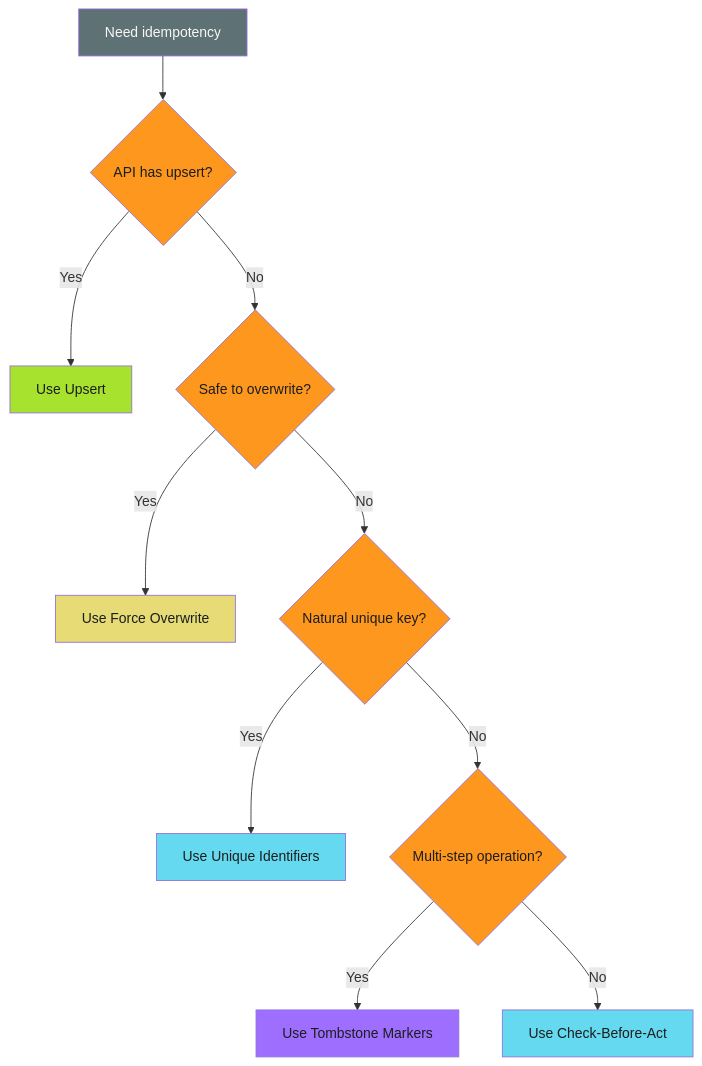
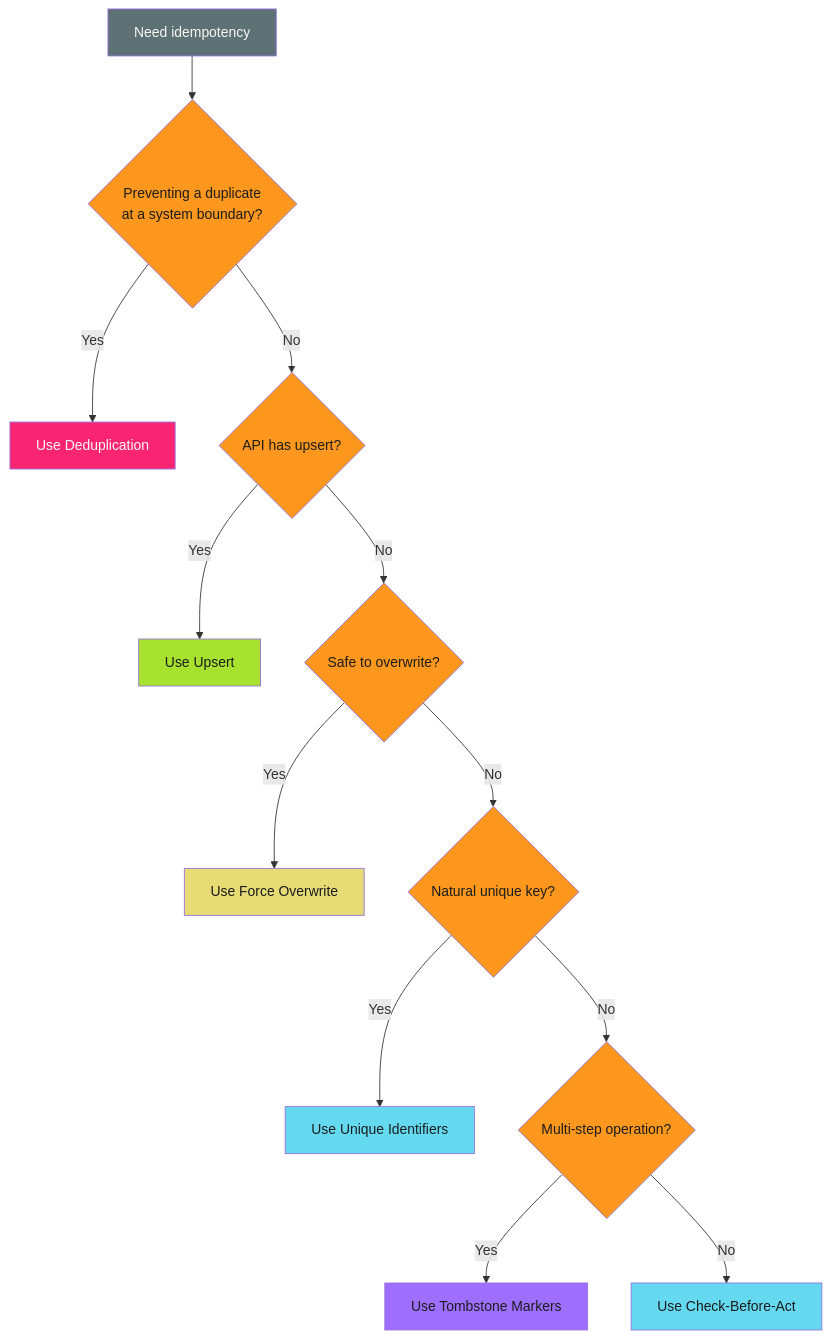
The diagram in docs/patterns/efficiency/idempotency/patterns/index.md (adaptive-enforcement-lab/adaptive-enforcement-lab-com), drawn with Mermaid before and after one commit. The commit also changed other lines of this file and 2 other files, not shown here.

First line of the commit message:
docs: document deduplication patterns under idempotency (#295)

````diff
--- a/docs/patterns/efficiency/idempotency/patterns/index.md
+++ b/docs/patterns/efficiency/idempotency/patterns/index.md
@@ -78,25 +89,29 @@
 ```mermaid
 flowchart TD
-    A[Need idempotency] --> B{API has upsert?}
+    A[Need idempotency] --> K{Preventing a duplicate<br/>at a system boundary?}
+    K -->|Yes| L[Use Deduplication]
+    K -->|No| B{API has upsert?}
     B -->|Yes| C[Use Upsert]
     B -->|No| D{Safe to overwrite?}
     D -->|Yes| E[Use Force Overwrite]
     D -->|No| F{Natural unique key?}
     F -->|Yes| G[Use Unique Identifiers]
     F -->|No| H{Multi-step operation?}
     H -->|Yes| I[Use Tombstone Markers]
     H -->|No| J[Use Check-Before-Act]
 
     %% Ghostty Hardcore Theme
     style A fill:#5e7175,color:#f8f8f3
+    style K fill:#fd971e,color:#1b1d1e
+    style L fill:#f92572,color:#f8f8f3
     style B fill:#fd971e,color:#1b1d1e
     style C fill:#a7e22e,color:#1b1d1e
     style D fill:#fd971e,color:#1b1d1e
     style E fill:#e6db74,color:#1b1d1e
     style F fill:#fd971e,color:#1b1d1e
     style G fill:#65d9ef,color:#1b1d1e
     style H fill:#fd971e,color:#1b1d1e
     style I fill:#9e6ffe,color:#1b1d1e
     style J fill:#65d9ef,color:#1b1d1e
 
 ```
````
